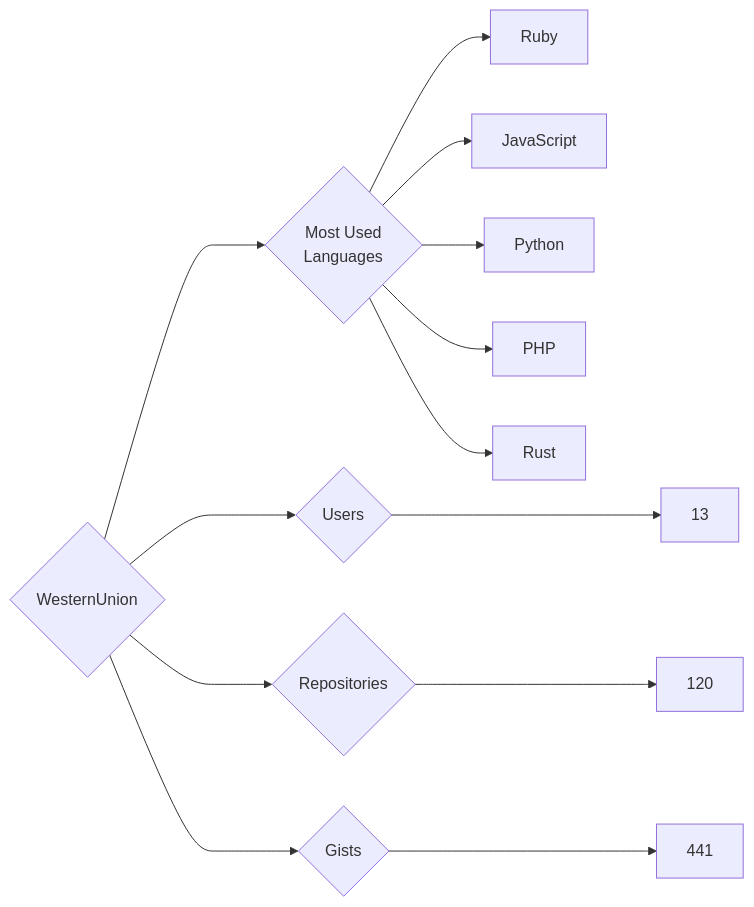
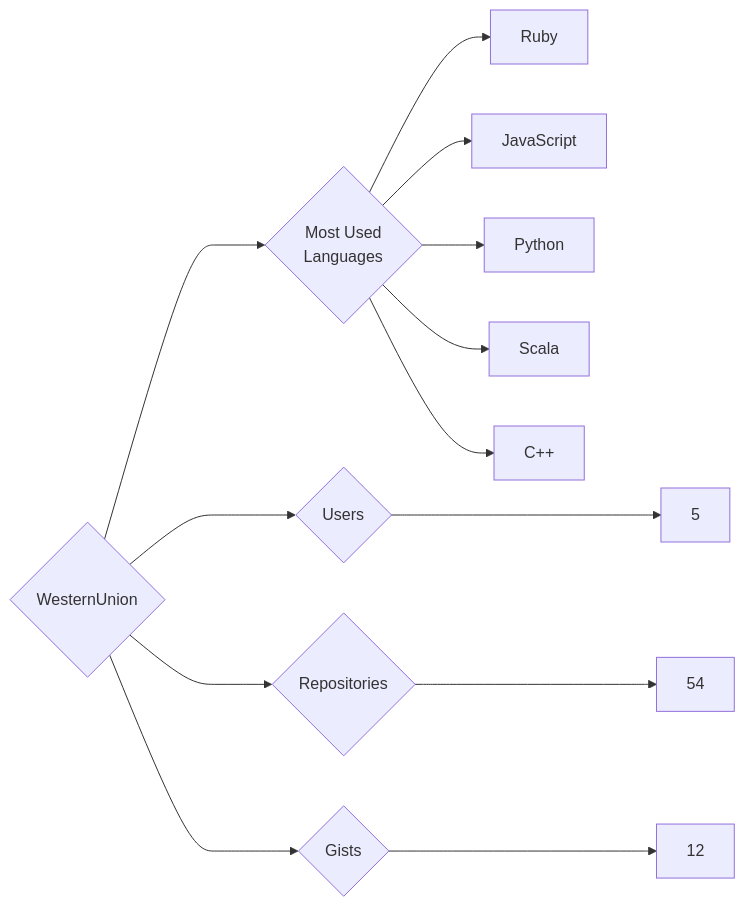
Before and after one commit to trickest/insiders: the diagram in targets/WesternUnion/README.md, drawn with Mermaid. The commit also changed 1484 other files, not shown here.

````diff
--- a/targets/WesternUnion/README.md
+++ b/targets/WesternUnion/README.md
@@ -3,13 +3,13 @@
 ```mermaid
 graph LR
 COMPANY_NAME{WesternUnion}
-COMPANY_NAME ---> U{Users} ---> UN[13]
-COMPANY_NAME ---> R{Repositories} ---> RN[120]
-COMPANY_NAME ---> G{Gists} ---> GN[441]
+COMPANY_NAME ---> U{Users} ---> UN[5]
+COMPANY_NAME ---> R{Repositories} ---> RN[54]
+COMPANY_NAME ---> G{Gists} ---> GN[12]
 COMPANY_NAME ---> ML{Most Used<br>Languages}
 ML --> Ruby[Ruby]
 ML --> JavaScript[JavaScript]
 ML --> Python[Python]
-ML --> PHP[PHP]
-ML --> Rust[Rust]
+ML --> Scala[Scala]
+ML --> C++[C++]
 ```
````
